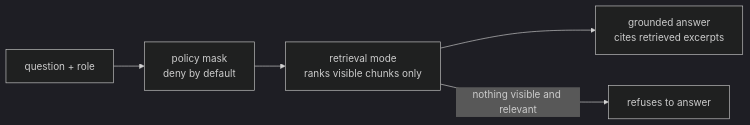
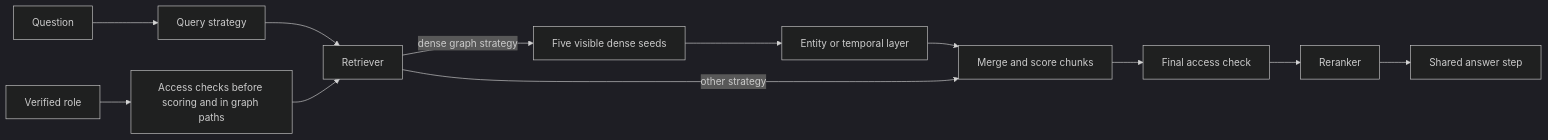
Before and after one commit to Axionis47/finsolve-abac-rag: the diagram in README.md, drawn with Mermaid (dark theme). The commit also changed other lines of this file and 20 other files, not shown here.

````diff
--- a/README.md
+++ b/README.md
@@ -144,7 +42,14 @@
 ```mermaid
 flowchart LR
-    Q[question + role] --> M[policy mask<br/>deny by default]
-    M --> R[retrieval mode<br/>ranks visible chunks only]
-    R --> G[grounded answer<br/>cites retrieved excerpts]
-    R -->|nothing visible and relevant| N[refuses to answer]
+    Q[Question] --> QS[Query strategy]
+    QS --> R[Retriever]
+    R -->|dense graph strategy| S[Five visible dense seeds]
+    S --> L[Entity or temporal layer]
+    L --> M[Merge and score chunks]
+    R -->|other strategy| M
+    ROLE[Verified role] --> AC[Access checks before scoring and in graph paths]
+    AC --> R
+    M --> F[Final access check]
+    F --> RR[Reranker]
+    RR --> A[Shared answer step]
 ```
````
